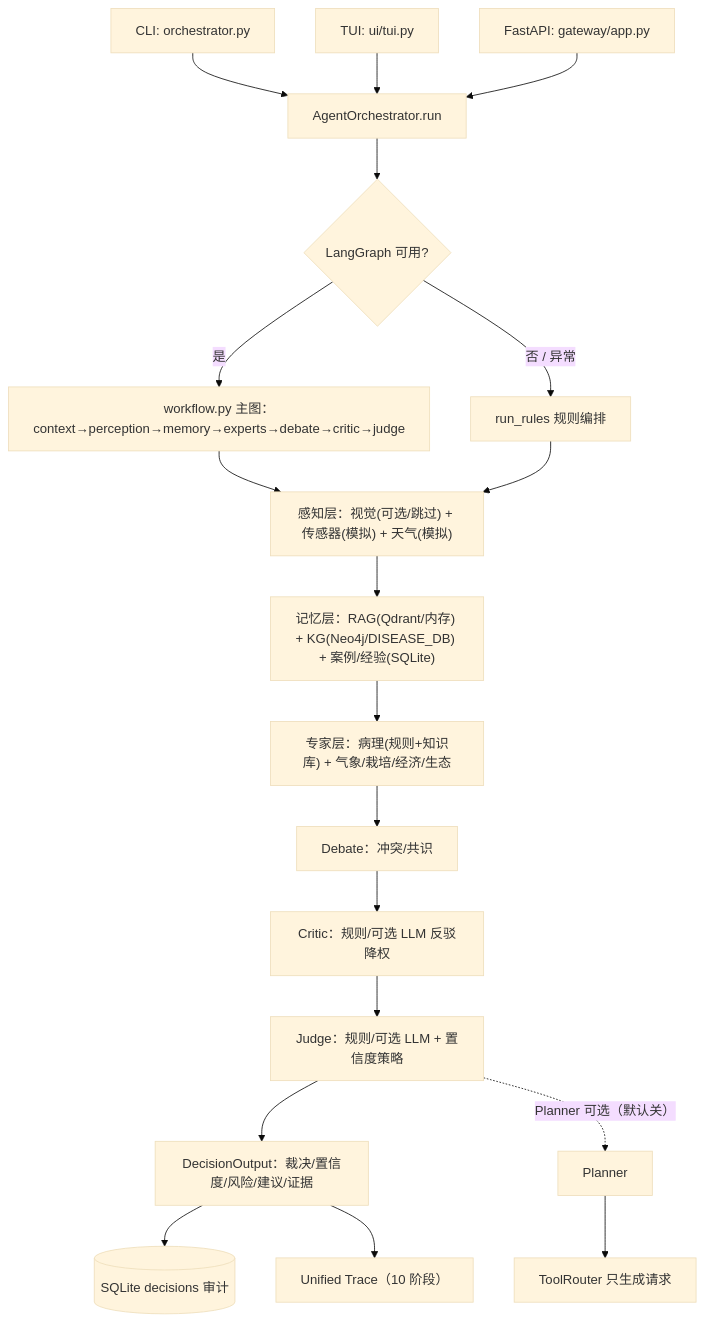
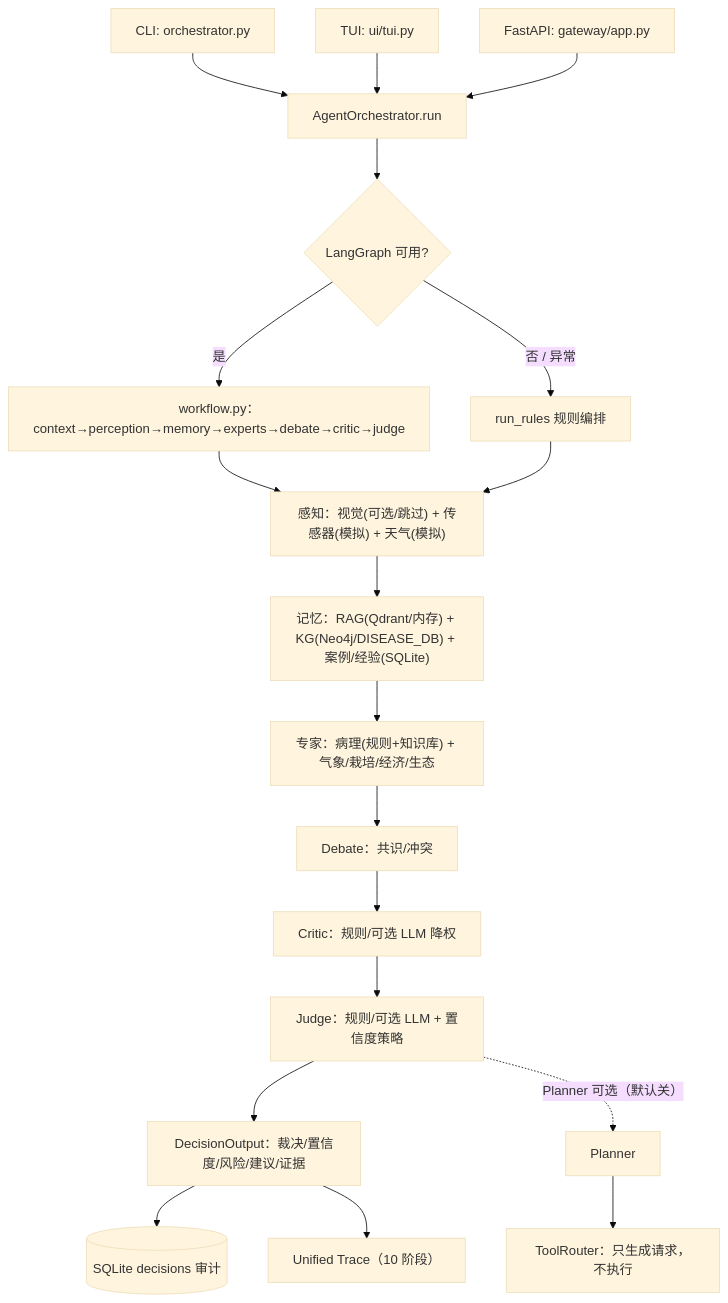
The diagram in README.md (acdemi/ACIS), drawn with Mermaid (base theme) before and after one commit. The commit also changed other lines of this file and 223 other files, not shown here.

````diff
--- a/README.md
+++ b/README.md
@@ -33,20 +40,20 @@
 ```mermaid
 flowchart TD
   CLI["CLI: orchestrator.py"] --> ORCH["AgentOrchestrator.run"]
   TUI["TUI: ui/tui.py"] --> ORCH
   API["FastAPI: gateway/app.py"] --> ORCH
   ORCH --> LG{"LangGraph 可用?"}
-  LG -- "是" --> WF["workflow.py 主图：context→perception→memory→experts→debate→critic→judge"]
+  LG -- "是" --> WF["workflow.py：context→perception→memory→experts→debate→critic→judge"]
   LG -- "否 / 异常" --> RULES["run_rules 规则编排"]
-  WF --> PER["感知层：视觉(可选/跳过) + 传感器(模拟) + 天气(模拟)"]
+  WF --> PER["感知：视觉(可选/跳过) + 传感器(模拟) + 天气(模拟)"]
   RULES --> PER
-  PER --> MEM["记忆层：RAG(Qdrant/内存) + KG(Neo4j/DISEASE_DB) + 案例/经验(SQLite)"]
-  MEM --> EXP["专家层：病理(规则+知识库) + 气象/栽培/经济/生态"]
-  EXP --> DEB["Debate：冲突/共识"]
-  DEB --> CRI["Critic：规则/可选 LLM 反驳降权"]
+  PER --> MEM["记忆：RAG(Qdrant/内存) + KG(Neo4j/DISEASE_DB) + 案例/经验(SQLite)"]
+  MEM --> EXP["专家：病理(规则+知识库) + 气象/栽培/经济/生态"]
+  EXP --> DEB["Debate：共识/冲突"]
+  DEB --> CRI["Critic：规则/可选 LLM 降权"]
   CRI --> JUD["Judge：规则/可选 LLM + 置信度策略"]
   JUD --> OUT["DecisionOutput：裁决/置信度/风险/建议/证据"]
   OUT --> DB[("SQLite decisions 审计")]
   OUT --> TR["Unified Trace（10 阶段）"]
-  JUD -. "Planner 可选（默认关）" .-> PLAN["Planner"] --> ROUTER["ToolRouter 只生成请求"]
+  JUD -. "Planner 可选（默认关）" .-> PLAN["Planner"] --> ROUTER["ToolRouter：只生成请求，不执行"]
 ```
````
